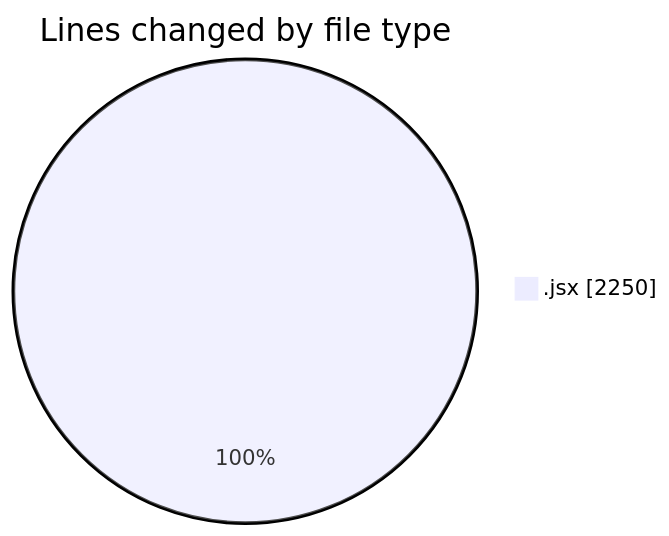
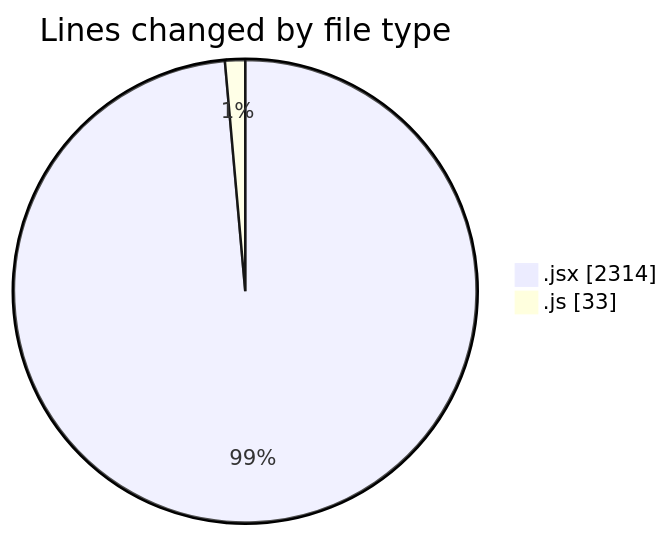
One commit to nxtqubesakshisongat/code-tracking changed the first of 2 diagrams in 2026-01-08/nxtqube_webapp/README.md. Above: the diagram before and after it, drawn with Mermaid. The commit also changed other lines of this file and 1 other file, not shown here.

````diff
--- a/2026-01-08/nxtqube_webapp/README.md
+++ b/2026-01-08/nxtqube_webapp/README.md
@@ -20,5 +21,6 @@
 ```mermaid
 pie showData
 title Lines changed by file type
-".jsx" : 2250
+".jsx" : 2314
+".js" : 33
 ```
````
